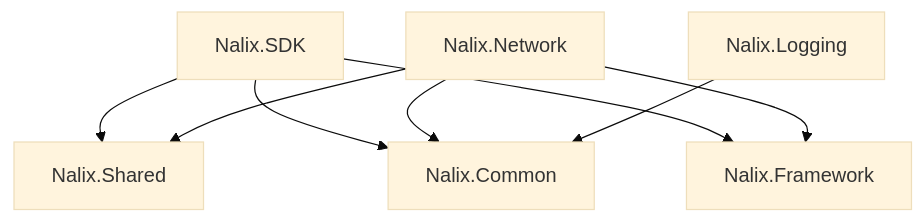
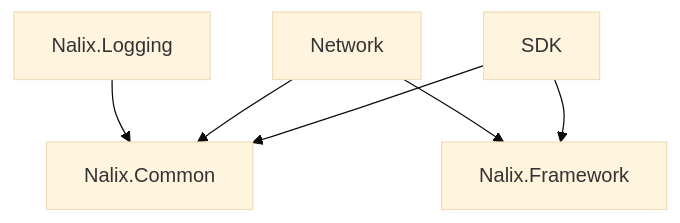
One commit to ppn-systems/nalix-docs changed the diagram in docs/packages/overview.md. Above: the diagram before and after it, drawn with Mermaid (base theme). The commit also changed other lines of this file and 154 other files, not shown here.

First line of the commit message:
Move shared APIs to Nalix.Framework

````diff
--- a/docs/packages/overview.md
+++ b/docs/packages/overview.md
@@ -32,12 +32,10 @@
 ```mermaid
 flowchart TD
-    SDK["Nalix.SDK"] --> Shared["Nalix.Shared"]
     SDK --> Common["Nalix.Common"]
     SDK --> Framework["Nalix.Framework"]
 
-    Network["Nalix.Network"] --> Shared
     Network --> Common
     Network --> Framework
 
     Logging["Nalix.Logging"] --> Common
 ```
````
